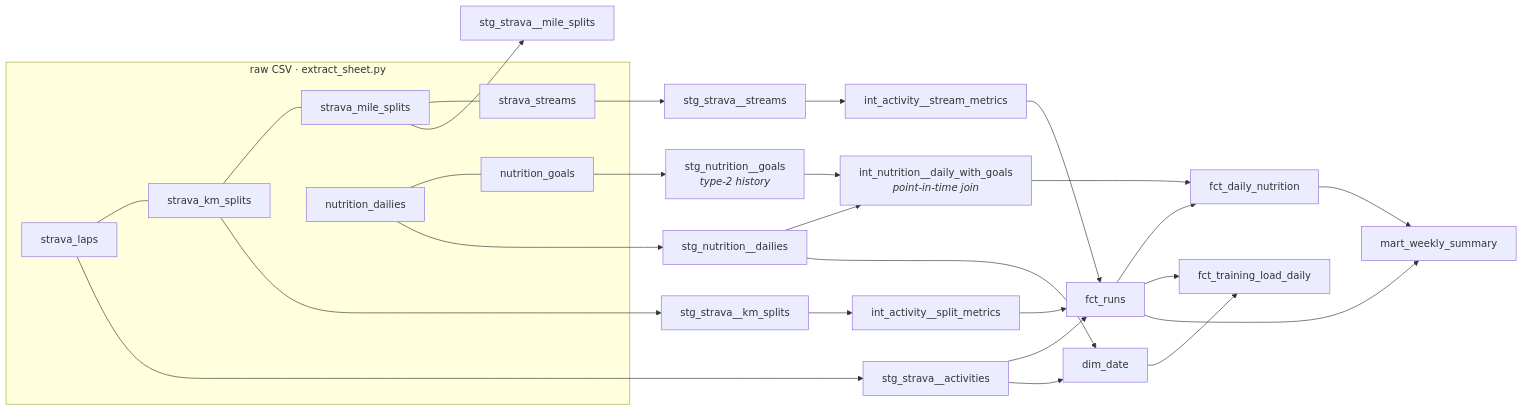
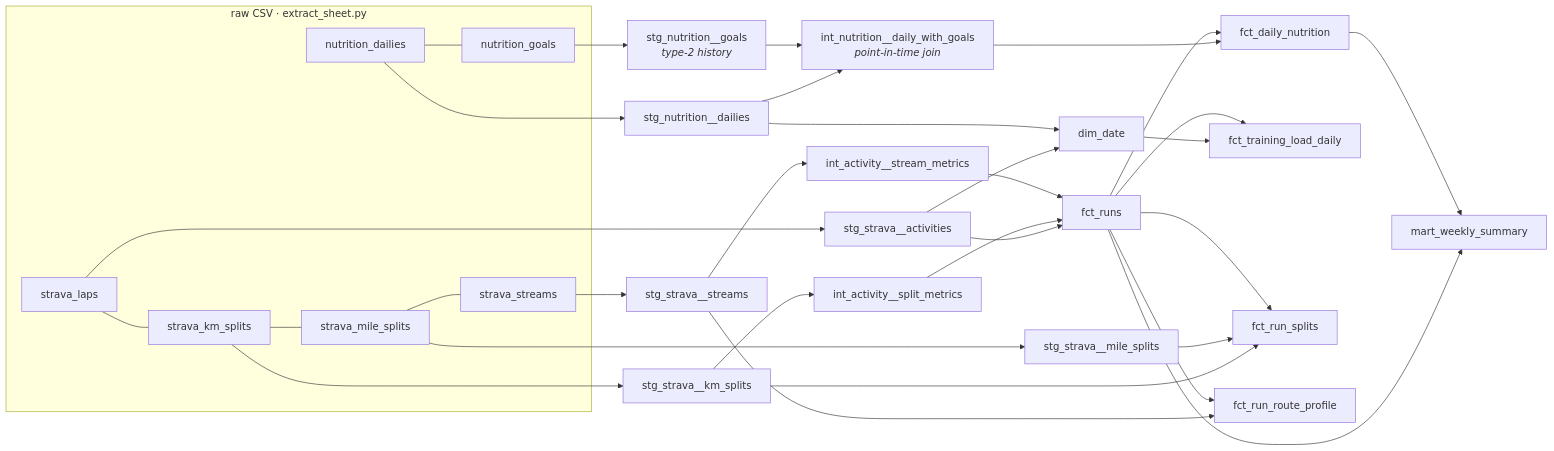
The diagram in README.md (trevorlomba/run-analytics-dbt), drawn with Mermaid before and after one commit. The commit also changed other lines of this file and 9 other files, not shown here.

````diff
--- a/README.md
+++ b/README.md
@@ -17,28 +17,33 @@
 ```mermaid
 flowchart LR
   subgraph raw[raw CSV · extract_sheet.py]
     L[strava_laps] --- K[strava_km_splits] --- M[strava_mile_splits] --- S[strava_streams]
     D[nutrition_dailies] --- G[nutrition_goals]
   end
   L --> sa[stg_strava__activities]
   K --> sk[stg_strava__km_splits]
   M --> sm[stg_strava__mile_splits]
   S --> ss[stg_strava__streams]
   D --> nd[stg_nutrition__dailies]
   G --> ng[stg_nutrition__goals<br/><i>type-2 history</i>]
   sk --> isp[int_activity__split_metrics]
   ss --> ism[int_activity__stream_metrics]
   nd --> ing[int_nutrition__daily_with_goals<br/><i>point-in-time join</i>]
   ng --> ing
   sa --> fr[fct_runs]
   isp --> fr
   ism --> fr
   sa --> dd[dim_date]
   nd --> dd
   ing --> fn[fct_daily_nutrition]
   fr --> fn
   dd --> ft[fct_training_load_daily]
   fr --> ft
   fr --> ws[mart_weekly_summary]
   fn --> ws
+  sk --> rs[fct_run_splits]
+  sm --> rs
+  fr --> rs
+  ss --> rp[fct_run_route_profile]
+  fr --> rp
 ```
````
